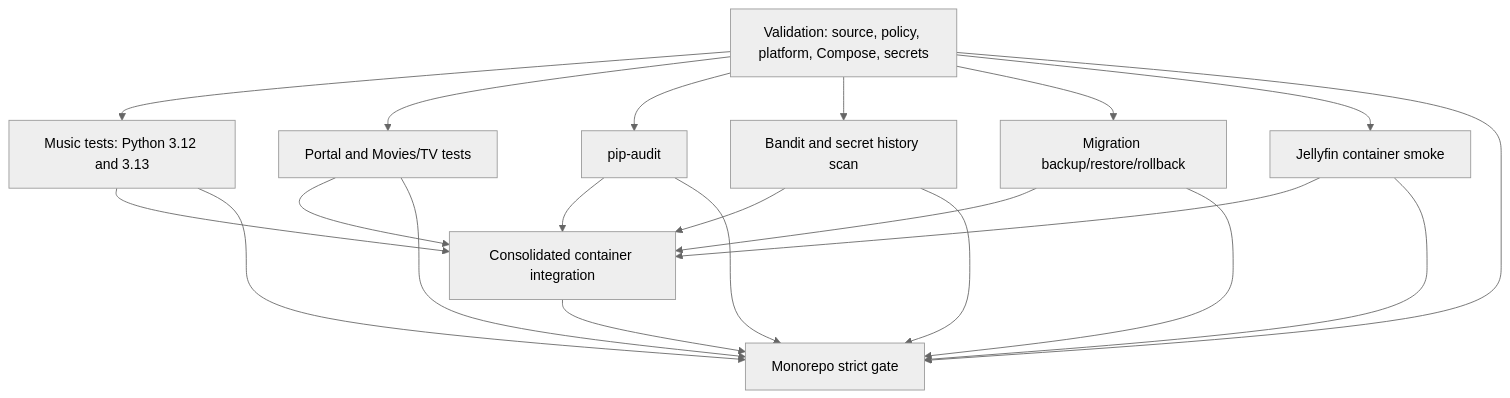
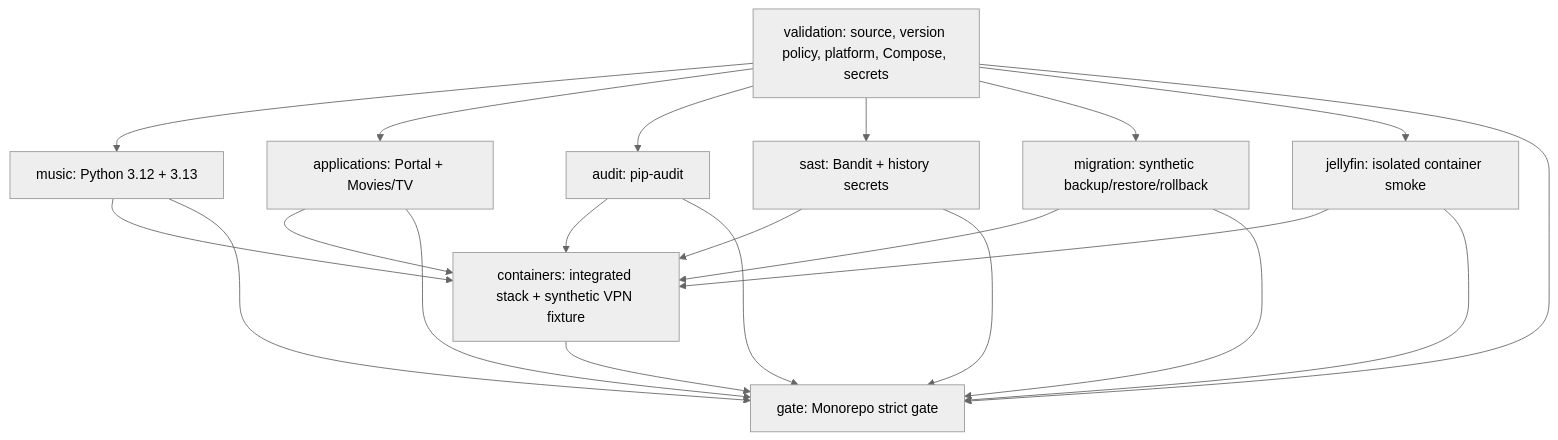
Before and after one commit to ItsFoxxin/Fox_Den_Media: the first of 2 diagrams in docs/ci-execution-redesign.md, drawn with Mermaid (neutral theme). The commit also changed other lines of this file, not shown here.

Commit message:
docs(ci): add run benchmarks, verified rulesets and staged failure-gate design

````diff
--- a/docs/ci-execution-redesign.md
+++ b/docs/ci-execution-redesign.md
@@ -26,24 +67,32 @@
 ```mermaid
 flowchart TD
-    V[Validation: source, policy, platform, Compose, secrets]
-    V --> M[Music tests: Python 3.12 and 3.13]
-    V --> A[Portal and Movies/TV tests]
-    V --> D[pip-audit]
-    V --> S[Bandit and secret history scan]
-    V --> B[Migration backup/restore/rollback]
-    V --> J[Jellyfin container smoke]
-    M --> C[Consolidated container integration]
-    A --> C
-    D --> C
-    S --> C
-    B --> C
-    J --> C
-    V --> G[Monorepo strict gate]
-    M --> G
-    A --> G
-    D --> G
-    S --> G
-    B --> G
-    J --> G
-    C --> G
+  V["validation: source, version policy, platform, Compose, secrets"]
+  M["music: Python 3.12 + 3.13"]
+  A["applications: Portal + Movies/TV"]
+  D["audit: pip-audit"]
+  S["sast: Bandit + history secrets"]
+  B["migration: synthetic backup/restore/rollback"]
+  J["jellyfin: isolated container smoke"]
+  C["containers: integrated stack + synthetic VPN fixture"]
+  G["gate: Monorepo strict gate"]
+  V --> M
+  V --> A
+  V --> D
+  V --> S
+  V --> B
+  V --> J
+  M --> C
+  A --> C
+  D --> C
+  S --> C
+  B --> C
+  J --> C
+  V --> G
+  M --> G
+  A --> G
+  D --> G
+  S --> G
+  B --> G
+  J --> G
+  C --> G
 ```
````
